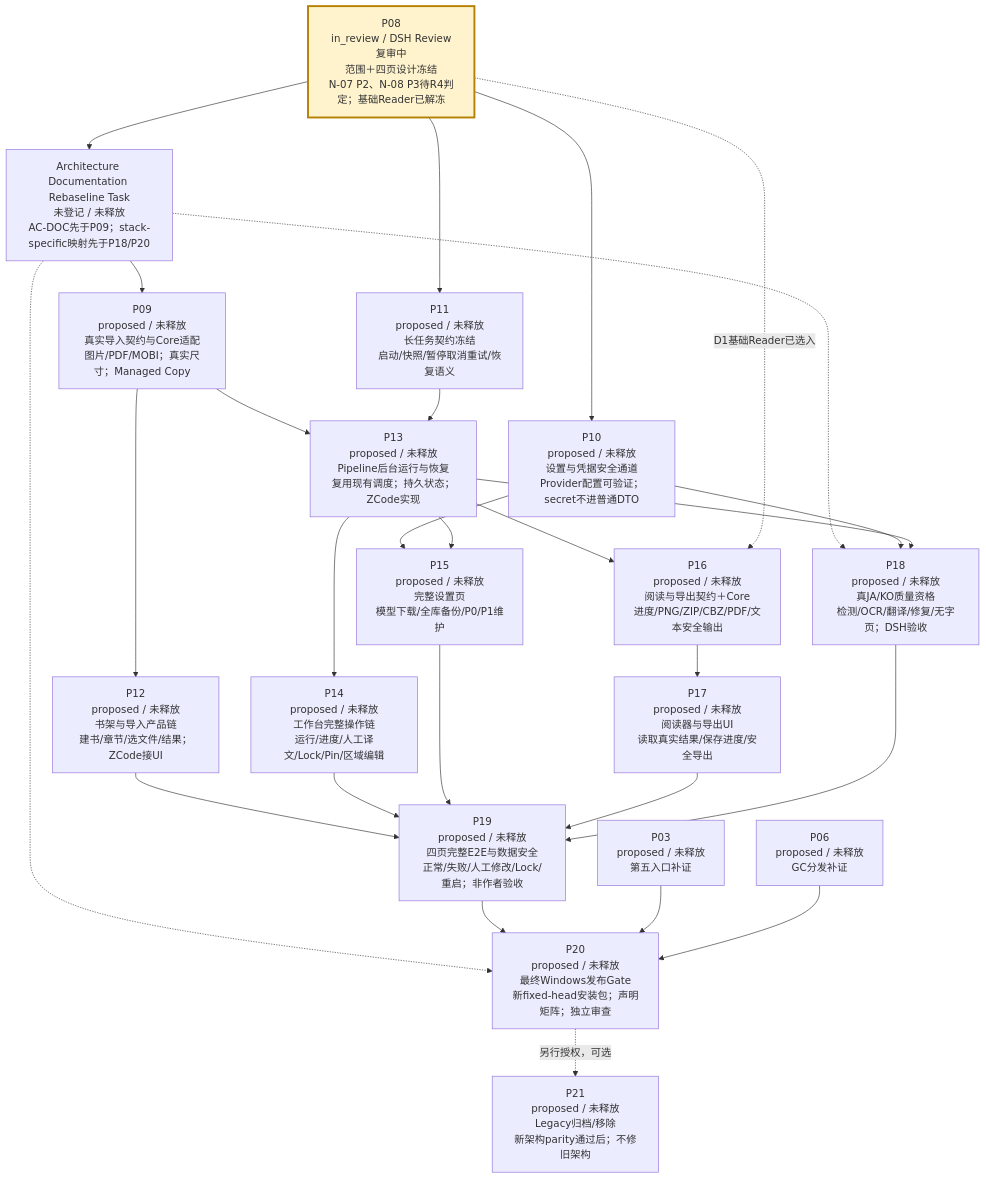
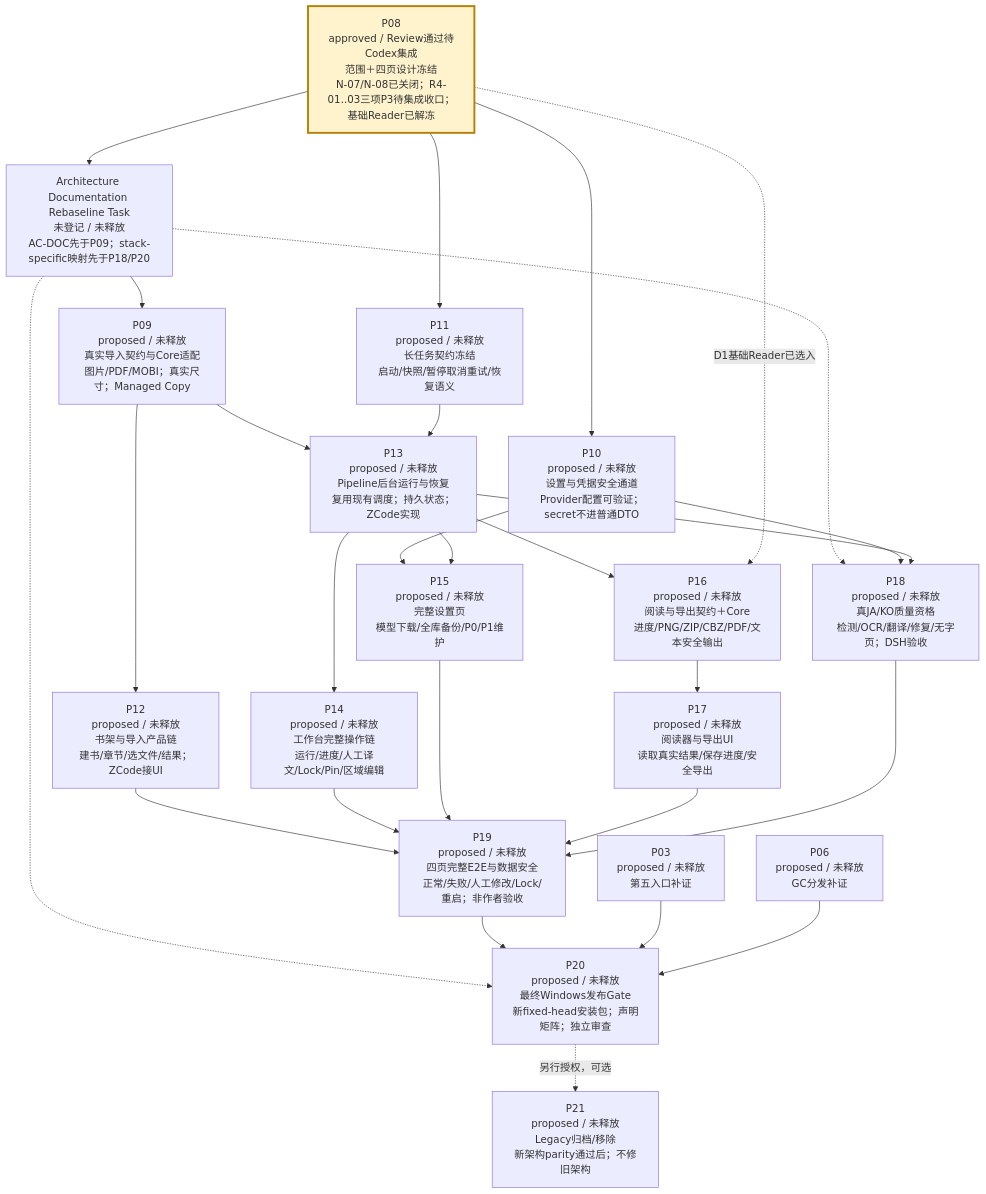
Before and after one commit to peakwheat-pixel/New-Manga: the third of 4 diagrams in verification/PROJECT-ROADMAP-20261008/ROADMAP.md, drawn with Mermaid. The commit also changed other lines of this file and 12 other files, not shown here.

Commit message:
docs(P08): archive approved R4 review

````diff
--- a/verification/PROJECT-ROADMAP-20261008/ROADMAP.md
+++ b/verification/PROJECT-ROADMAP-20261008/ROADMAP.md
@@ -47,30 +47,30 @@
 ```mermaid
 flowchart TB
-  P08["P08<br/>in_review / DSH Review复审中<br/>范围＋四页设计冻结<br/>N-07 P2、N-08 P3待R4判定；基础Reader已解冻"] --> ARCHDOC["Architecture Documentation Rebaseline Task<br/>未登记 / 未释放<br/>AC-DOC先于P09；stack-specific映射先于P18/P20"]
+  P08["P08<br/>approved / Review通过待Codex集成<br/>范围＋四页设计冻结<br/>N-07/N-08已关闭；R4-01..03三项P3待集成收口；基础Reader已解冻"] --> ARCHDOC["Architecture Documentation Rebaseline Task<br/>未登记 / 未释放<br/>AC-DOC先于P09；stack-specific映射先于P18/P20"]
   ARCHDOC --> P09["P09<br/>proposed / 未释放<br/>真实导入契约与Core适配<br/>图片/PDF/MOBI；真实尺寸；Managed Copy"]
   ARCHDOC -.-> P18
   ARCHDOC -.-> P20
   P08 --> P10["P10<br/>proposed / 未释放<br/>设置与凭据安全通道<br/>Provider配置可验证；secret不进普通DTO"]
   P08 --> P11["P11<br/>proposed / 未释放<br/>长任务契约冻结<br/>启动/快照/暂停取消重试/恢复语义"]
   P09 --> P12["P12<br/>proposed / 未释放<br/>书架与导入产品链<br/>建书/章节/选文件/结果；ZCode接UI"]
   P09 --> P13["P13<br/>proposed / 未释放<br/>Pipeline后台运行与恢复<br/>复用现有调度；持久状态；ZCode实现"]
   P11 --> P13
   P13 --> P14["P14<br/>proposed / 未释放<br/>工作台完整操作链<br/>运行/进度/人工译文/Lock/Pin/区域编辑"]
   P10 --> P15["P15<br/>proposed / 未释放<br/>完整设置页<br/>模型下载/全库备份/P0/P1维护"]
   P13 --> P15
   P13 --> P16["P16<br/>proposed / 未释放<br/>阅读与导出契约＋Core<br/>进度/PNG/ZIP/CBZ/PDF/文本安全输出"]
   P08 -. "D1基础Reader已选入" .-> P16
   P16 --> P17["P17<br/>proposed / 未释放<br/>阅读器与导出UI<br/>读取真实结果/保存进度/安全导出"]
   P10 --> P18["P18<br/>proposed / 未释放<br/>真JA/KO质量资格<br/>检测/OCR/翻译/修复/无字页；DSH验收"]
   P13 --> P18
   P12 --> P19["P19<br/>proposed / 未释放<br/>四页完整E2E与数据安全<br/>正常/失败/人工修改/Lock/重启；非作者验收"]
   P14 --> P19
   P15 --> P19
   P17 --> P19
   P18 --> P19
   P19 --> P20["P20<br/>proposed / 未释放<br/>最终Windows发布Gate<br/>新fixed-head安装包；声明矩阵；独立审查"]
   P03["P03<br/>proposed / 未释放<br/>第五入口补证"] --> P20
   P06["P06<br/>proposed / 未释放<br/>GC分发补证"] --> P20
   P20 -. "另行授权，可选" .-> P21["P21<br/>proposed / 未释放<br/>Legacy归档/移除<br/>新架构parity通过后；不修旧架构"]
   style P08 fill:#fff3cd,stroke:#b58105,stroke-width:3px
 ```
````
